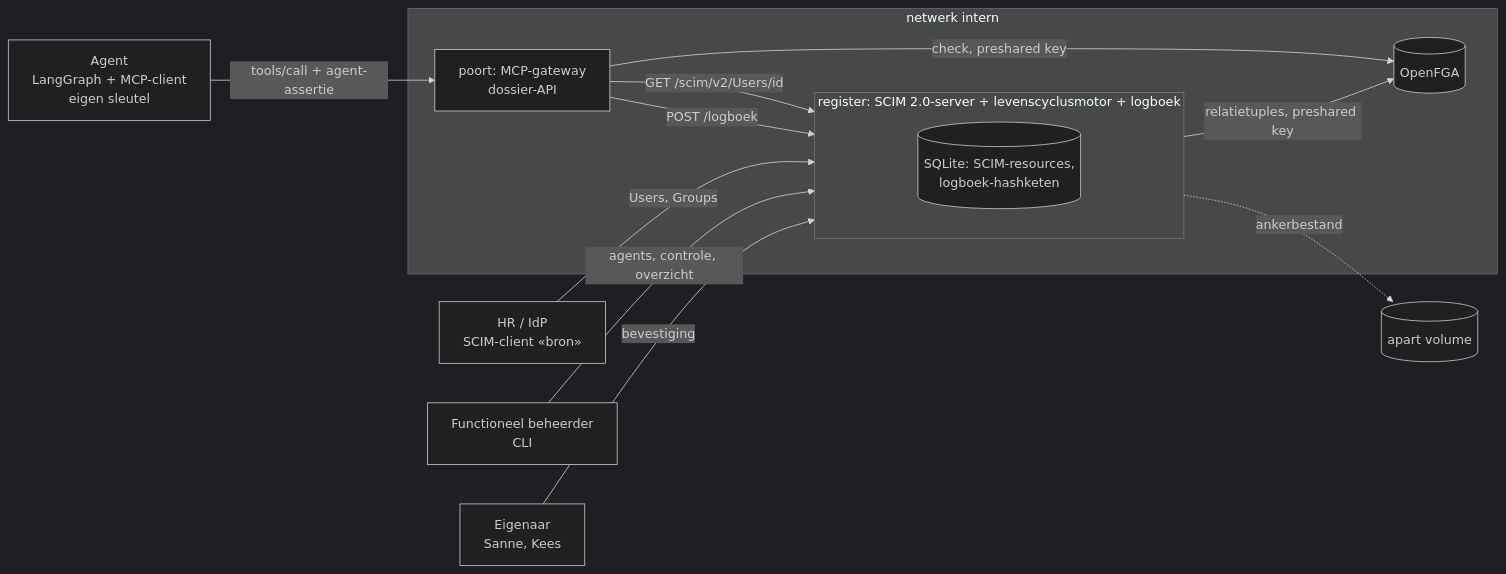
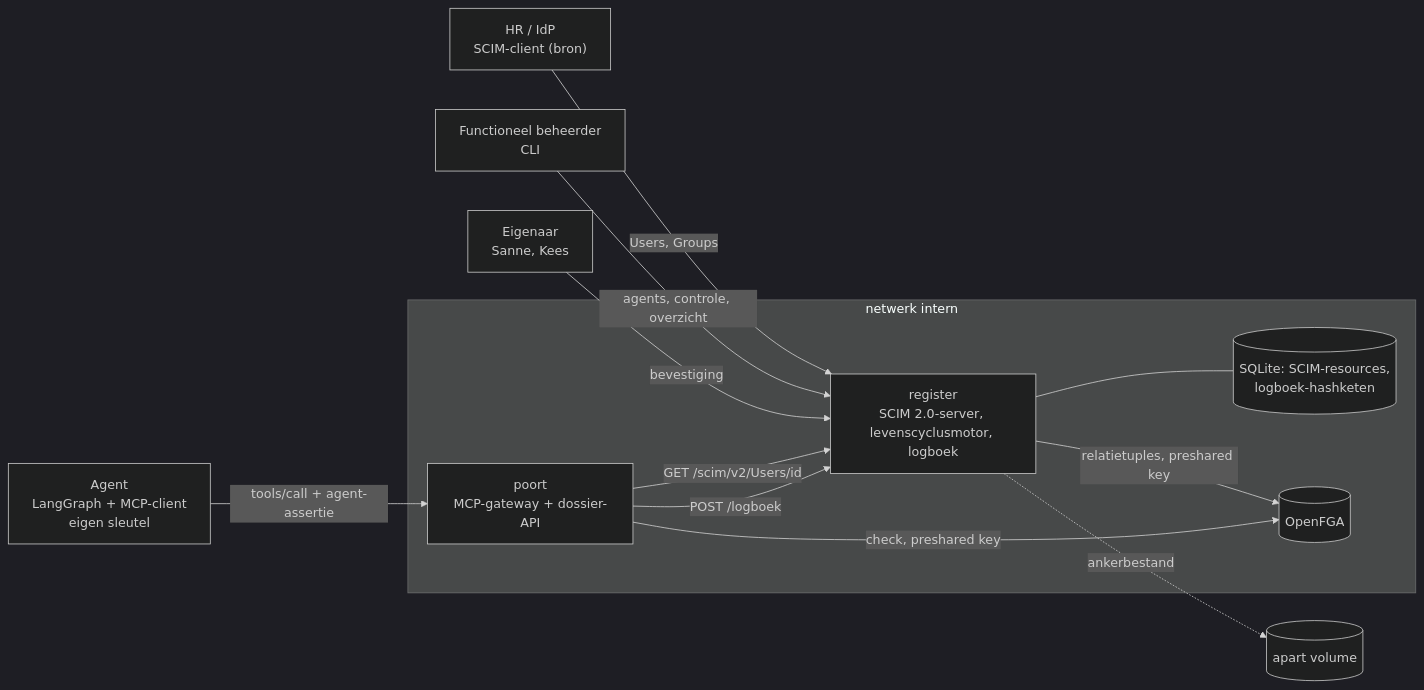
One commit to oomny-nl/agent-levenscyclus changed the first of 2 diagrams in docs/ONTWERP.md. Above: the diagram before and after it, drawn with Mermaid (dark theme). The commit also changed other lines of this file and 34 other files, not shown here.

````diff
--- a/docs/ONTWERP.md
+++ b/docs/ONTWERP.md
@@ -67,17 +68,15 @@
 ```mermaid
 flowchart LR
-    HR[HR / IdP\nSCIM-client «bron»] -->|Users, Groups| R
-    FB[Functioneel beheerder\nCLI] -->|agents, controle, overzicht| R
-    E[Eigenaar\nSanne, Kees] -->|bevestiging| R
-    subgraph intern[netwerk intern]
-        subgraph R[register: SCIM 2.0-server + levenscyclusmotor + logboek]
-            S[(SQLite: SCIM-resources,\nlogboek-hashketen)]
-        end
+    HR["HR / IdP<br/>SCIM-client (bron)"] -->|Users, Groups| R
+    FB["Functioneel beheerder<br/>CLI"] -->|agents, controle, overzicht| R
+    E["Eigenaar<br/>Sanne, Kees"] -->|bevestiging| R
+    subgraph intern["netwerk intern"]
+        R["register<br/>SCIM 2.0-server, levenscyclusmotor, logboek"] --- S[("SQLite: SCIM-resources,<br/>logboek-hashketen")]
         R -->|relatietuples, preshared key| F[(OpenFGA)]
         P -->|check, preshared key| F
     end
-    A[Agent\nLangGraph + MCP-client\neigen sleutel] -->|tools/call + agent-assertie| P[poort: MCP-gateway\ndossier-API]
+    A["Agent<br/>LangGraph + MCP-client<br/>eigen sleutel"] -->|tools/call + agent-assertie| P["poort<br/>MCP-gateway + dossier-API"]
     P -->|GET /scim/v2/Users/id| R
     P -->|POST /logboek| R
     R -.->|ankerbestand| K[(apart volume)]
 ```
````
